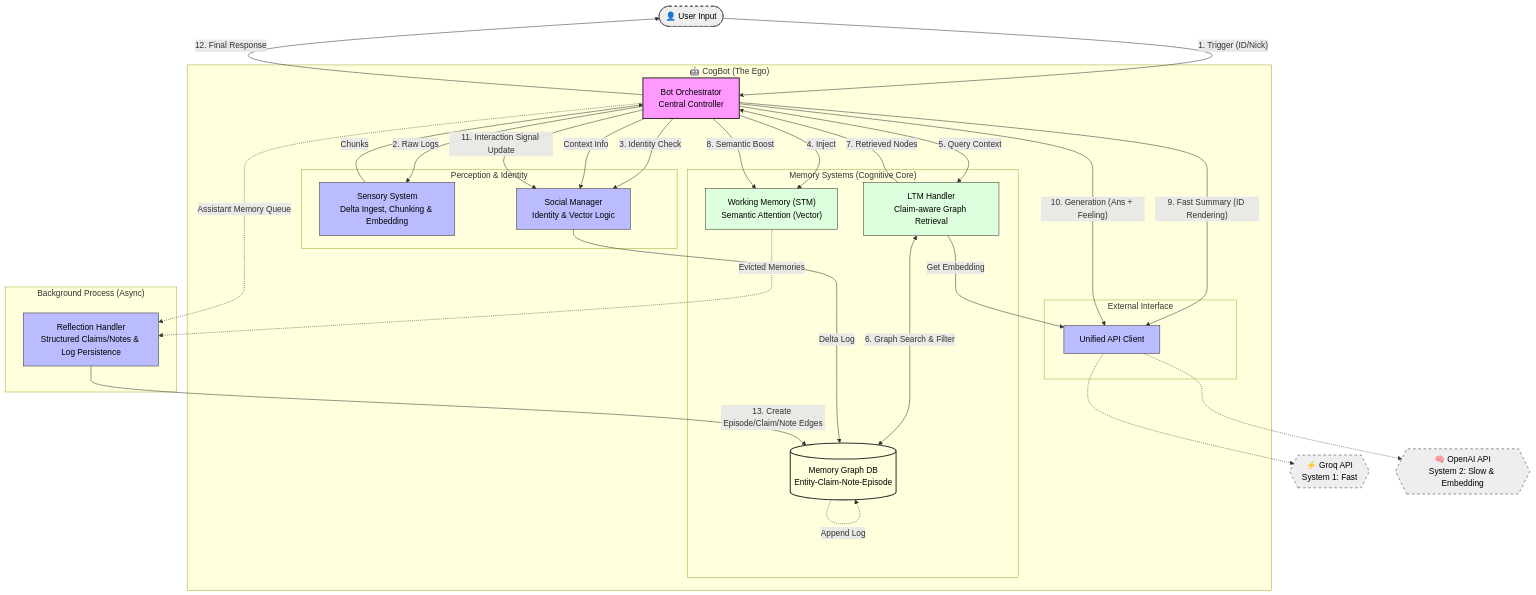
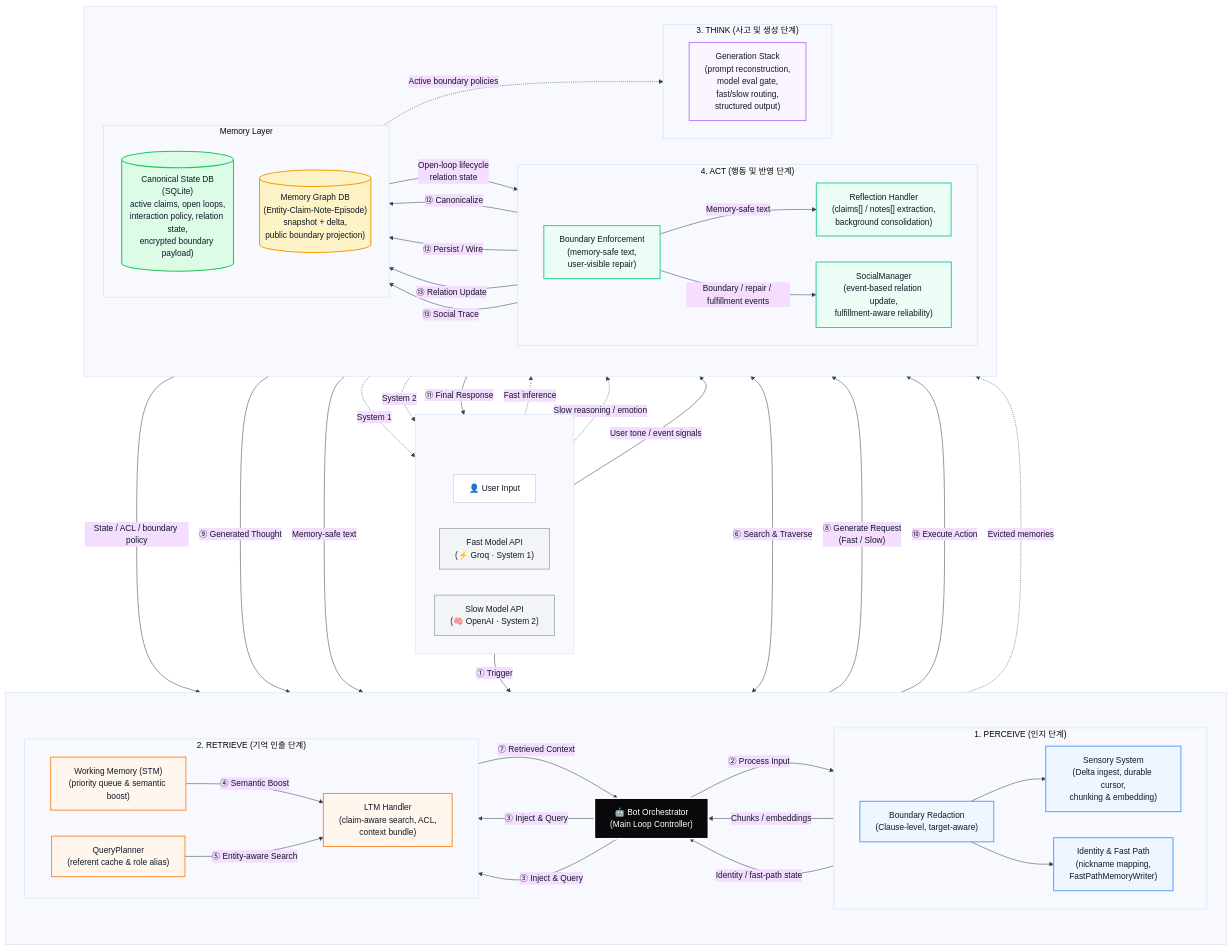
Before and after one commit to lpaiu-cs/Artificial-Consciousness: the diagram in readme.md, drawn with Mermaid. The commit also changed other lines of this file and 40 other files, not shown here.

````diff
--- a/readme.md
+++ b/readme.md
@@ -249,78 +253,125 @@
 ```mermaid
+%%{init: {
+  "theme": "base",
+  "flowchart": { "curve": "basis" },
+  "themeVariables": {
+    "fontFamily": "Inter, Pretendard, Arial",
+    "primaryTextColor": "#111827",
+    "lineColor": "#374151",
+    "fontSize": "16px"
+  }
+}}%%
 graph TD
-    %% --- Styling ---
-    classDef ego fill:#f9f,stroke:#333,stroke-width:2px,color:#000;
-    classDef memory fill:#dfd,stroke:#333,stroke-width:1px,color:#000;
-    classDef process fill:#bbf,stroke:#333,stroke-width:1px,color:#000;
-    classDef external fill:#eee,stroke:#333,stroke-width:1px,stroke-dasharray: 5 5,color:#000;
-    classDef database fill:#ffd,stroke:#333,stroke-width:2px,color:#000;
 
-    %% --- External Entities ---
-    User([👤 User Input]):::external
-    API_Groq{{⚡ Groq API<br/>System 1: Fast}}:::external
-    API_OpenAI{{🧠 OpenAI API<br/>System 2: Slow & Embedding}}:::external
+    %% ---------- Top Row ----------
+    subgraph TOP[" "]
+        direction LR
+        PADL[" "]:::blank
+        U["👤 User Input"]:::user
+        API_FAST["Fast Model API<br/>(⚡ Groq · System 1)"]:::api
+        API_SLOW["Slow Model API<br/>(🧠 OpenAI · System 2)"]:::api
+    end
 
-    %% --- Main System ---
-    subgraph "🤖 CogBot (The Ego)"
-        BO["Bot Orchestrator<br/>Central Controller"]:::ego
-        
-        subgraph "Perception & Identity"
-            Sensory["Sensory System<br/>Delta Ingest, Chunking & Embedding"]:::process
-            SocialManager["Social Manager<br/>Identity & Vector Logic"]:::process
+    %% ---------- Middle Row ----------
+    subgraph MID[" "]
+        direction LR
+
+        subgraph PER["1. PERCEIVE (인지 단계)"]
+            direction LR
+            BR["Boundary Redaction<br/>(Clause-level, target-aware)"]:::perceive
+            SS["Sensory System<br/>(Delta ingest, durable cursor,<br/>chunking & embedding)"]:::perceive
+            ID["Identity & Fast Path<br/>(nickname mapping,<br/>FastPathMemoryWriter)"]:::perceive
         end
-        
-        subgraph "Memory Systems (Cognitive Core)"
-            STM["Working Memory (STM)<br/>Semantic Attention (Vector)"]:::memory
-            LTM_Handler["LTM Handler<br/>Claim-aware Graph Retrieval"]:::memory
-            LTM_Graph[("Memory Graph DB<br/>Entity-Claim-Note-Episode")]:::database
-        end
-        
-        subgraph "External Interface"
-            UnifiedAPI["Unified API Client"]:::process
+
+        BO["🤖 Bot Orchestrator<br/>(Main Loop Controller)"]:::orchestrator
+
+        subgraph RET["2. RETRIEVE (기억 인출 단계)"]
+            direction LR
+            STM["Working Memory (STM)<br/>(priority queue & semantic boost)"]:::retrieve
+            QP["QueryPlanner<br/>(referent cache & role alias)"]:::retrieve
+            LTM["LTM Handler<br/>(claim-aware search, ACL,<br/>context bundle)"]:::retrieve
         end
     end
 
-    %% --- Background Process ---
-    subgraph "Background Process (Async)"
-        Reflection["Reflection Handler<br/>Structured Claims/Notes & Log Persistence"]:::process
+    %% ---------- Bottom Row ----------
+    subgraph BOT[" "]
+        direction LR
+
+        subgraph ACT["4. ACT (행동 및 반영 단계)"]
+            direction LR
+            ENF["Boundary Enforcement<br/>(memory-safe text,<br/>user-visible repair)"]:::act
+            SM["SocialManager<br/>(event-based relation update,<br/>fulfillment-aware reliability)"]:::act
+            RH["Reflection Handler<br/>(claims[] / notes[] extraction,<br/>background consolidation)"]:::act
+        end
+
+        subgraph THINK["3. THINK (사고 및 생성 단계)"]
+            direction LR
+            GEN["Generation Stack<br/>(prompt reconstruction,<br/>model eval gate,<br/>fast/slow routing,<br/>structured output)"]:::think
+        end
+
+        subgraph MEM["Memory Layer"]
+            direction TB
+            CS[("Canonical State DB<br/>(SQLite)<br/>active claims, open loops,<br/>interaction policy, relation state,<br/>encrypted boundary payload)")]:::canonical
+            MG[("Memory Graph DB<br/>(Entity-Claim-Note-Episode)<br/>snapshot + delta,<br/>public boundary projection)")]:::memory
+        end
     end
 
-    %% --- Main Flow ---
-    User -->|"1. Trigger (ID/Nick)"| BO
+    %% ---------- Core Flow ----------
+    U -->|"① Trigger"| BO
 
-    %% 2. Perception
-    BO -->|"2. Raw Logs"| Sensory
-    Sensory -->|"Chunks"| BO
-    BO -->|"3. Identity Check"| SocialManager
-    BO -->|"4. Inject"| STM
+    BO -->|"② Process Input"| BR
+    BR --> SS
+    BR --> ID
 
-    %% 3. Retrieval Loop
-    BO -->|"5. Query Context"| LTM_Handler
-    LTM_Handler -->|"Get Embedding"| UnifiedAPI
-    LTM_Handler <-->|"6. Graph Search & Filter"| LTM_Graph
-    LTM_Handler -->|"7. Retrieved Nodes"| BO
-    
-    %% 4. Attention
-    BO -->|"8. Semantic Boost"| STM
+    SS -->|"Chunks / embeddings"| BO
+    ID -->|"Identity / fast-path state"| BO
 
-    %% 5. Cognition
-    BO -->|"Context Info"| SocialManager
-    
-    BO -->|"9. Fast Summary (ID Rendering)"| UnifiedAPI
-    UnifiedAPI -.-> API_Groq
-    
-    BO -->|"10. Generation (Ans + Feeling)"| UnifiedAPI
-    UnifiedAPI -.-> API_OpenAI
+    BO -->|"③ Inject & Query"| STM
+    BO -->|"③ Inject & Query"| QP
 
-    %% 6. Action & Social
-    BO -->|"11. Interaction Signal Update"| SocialManager
-    SocialManager -->|"Delta Log"| LTM_Graph
-    BO -->|"12. Final Response"| User
+    STM -->|"④ Semantic Boost"| LTM
+    QP -->|"⑤ Entity-aware Search"| LTM
+    CS -->|"State / ACL / boundary policy"| LTM
+    LTM <-->|"⑥ Search & Traverse"| MG
+    LTM -->|"⑦ Retrieved Context"| BO
 
-    %% --- Background Flows ---
-    STM -.->|"Evicted Memories"| Reflection
-    BO -.->|"Assistant Memory Queue"| Reflection
-    Reflection -->|"13. Create Episode/Claim/Note Edges"| LTM_Graph
-    LTM_Graph -.->|"Append Log"| LTM_Graph
+    CS -. "Active boundary policies" .-> GEN
+    BO -->|"⑧ Generate Request<br/>(Fast / Slow)"| GEN
+
+    GEN -. "System 1" .-> API_FAST
+    GEN -. "System 2" .-> API_SLOW
+    API_FAST -. "Fast inference" .-> GEN
+    API_SLOW -. "Slow reasoning / emotion" .-> GEN
+
+    GEN -->|"⑨ Generated Thought"| BO
+    BO -->|"⑩ Execute Action"| ENF
+    ENF -->|"⑪ Final Response"| U
+
+    %% ---------- Memory / Reflection ----------
+    ENF -->|"Memory-safe text"| STM
+    ENF -->|"Memory-safe text"| RH
+    STM -. "Evicted memories" .-> RH
+
+    RH -->|"⑫ Canonicalize"| CS
+    RH -->|"⑫ Persist / Wire"| MG
+
+    %% ---------- Social Loop ----------
+    U -->|"User tone / event signals"| SM
+    ENF -->|"Boundary / repair / fulfillment events"| SM
+    CS -->|"Open-loop lifecycle<br/>relation state"| SM
+    SM -->|"⑬ Relation Update"| CS
+    SM -->|"⑬ Social Trace"| MG
+
+    %% ---------- Styling ----------
+    classDef orchestrator fill:#09090B,stroke:#FFFFFF,stroke-width:3px,color:#FFFFFF;
+    classDef perceive fill:#EFF6FF,stroke:#60A5FA,stroke-width:2px,color:#111827;
+    classDef retrieve fill:#FFF7ED,stroke:#FB923C,stroke-width:2px,color:#111827;
+    classDef think fill:#FAF5FF,stroke:#C084FC,stroke-width:2px,color:#111827;
+    classDef act fill:#ECFDF5,stroke:#34D399,stroke-width:2px,color:#111827;
+    classDef memory fill:#FEF3C7,stroke:#F59E0B,stroke-width:2px,color:#111827;
+    classDef canonical fill:#DCFCE7,stroke:#22C55E,stroke-width:2px,color:#111827;
+    classDef api fill:#F3F4F6,stroke:#9CA3AF,stroke-width:1.5px,color:#111827;
+    classDef user fill:#FFFFFF,stroke:#D1D5DB,stroke-width:1.5px,color:#111827;
+    classDef blank fill:transparent,stroke:transparent,color:transparent;
 
 ```
````
